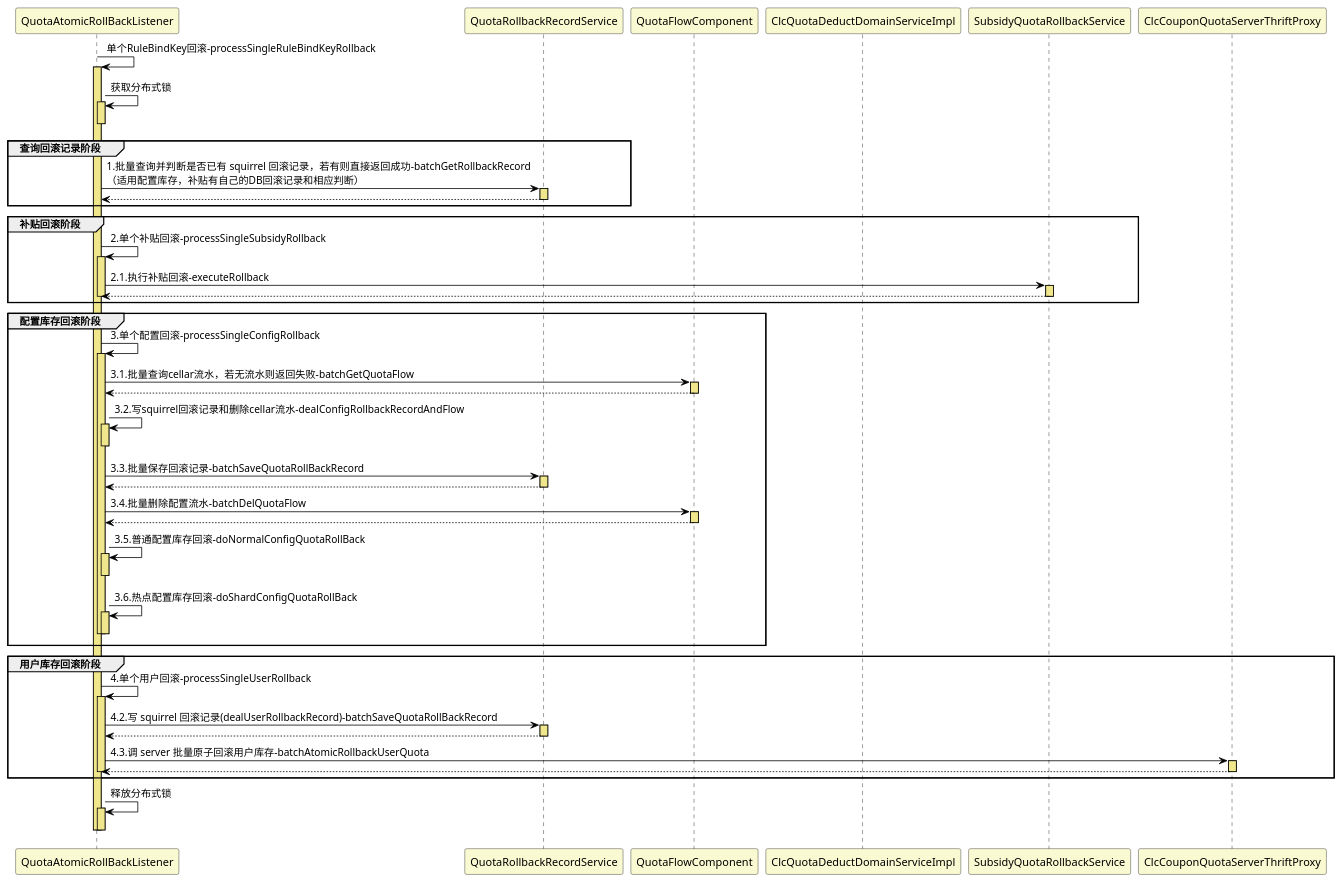
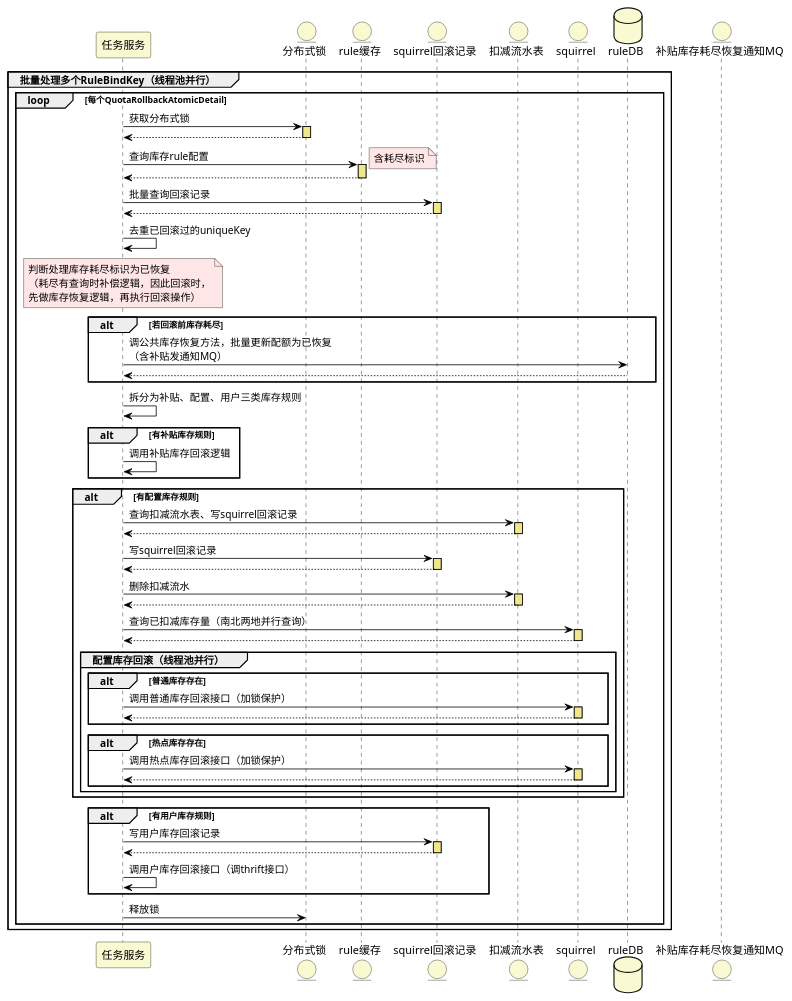
The diagram in src/coupon/new/Rollback.puml (zhangbotong/mt-plantuml), drawn with PlantUML before and after one commit. The commit also changed 9 other files, not shown here.

```diff
--- a/src/coupon/new/Rollback.puml
+++ b/src/coupon/new/Rollback.puml
@@ -1,71 +1,91 @@
 @startuml
 skinparam DatabaseBackgroundColor lightgoldenrodyellow
 skinparam EntityBackgroundColor lightgoldenrodyellow
 skinparam sequence {
     ArrowColor black
     LifeLineBorderColor black
     LifeLineBackgroundColor khaki
     ParticipantBackgroundColor lightgoldenrodyellow
 }
 
-participant "QuotaAtomicRollBackListener" as QARL
-participant "QuotaRollbackRecordService" as QRRS
-participant "QuotaFlowComponent" as QFC
-participant "ClcQuotaDeductDomainServiceImpl" as CQDSI
-participant "SubsidyQuotaRollbackService" as SQRS
-participant "ClcCouponQuotaServerThriftProxy" as CCQSTP
+skinparam note {
+    BackgroundColor #FFE6E6
+}
 
-QARL -> QARL++: 单个RuleBindKey回滚-processSingleRuleBindKeyRollback
+participant 任务服务 as TS
+entity 分布式锁 as DL
+entity rule缓存 as RC
+entity squirrel回滚记录 as RRT
+entity 扣减流水表 as DFT
+entity squirrel as SQ
+database ruleDB as rdb
+entity 补贴库存耗尽恢复通知MQ as SMQ
 
-QARL -> QARL++--: 获取分布式锁
 
-group 查询回滚记录阶段
-    QARL -> QRRS++: 1.批量查询并判断是否已有 squirrel 回滚记录，若有则直接返回成功-batchGetRollbackRecord\n（适用配置库存，补贴有自己的DB回滚记录和相应判断）
-    return
+group 批量处理多个RuleBindKey（线程池并行）
+    loop 每个QuotaRollbackAtomicDetail
+        TS -> DL++: 获取分布式锁
+        return
+
+        TS -> RC++: 查询库存rule配置
+        note right: 含耗尽标识
+        return
+
+        TS -> RRT++: 批量查询回滚记录
+        return
+
+        TS -> TS: 去重已回滚过的uniqueKey
+
+        note over TS: 判断处理库存耗尽标识为已恢复\n（耗尽有查询时补偿逻辑，因此回滚时，\n先做库存恢复逻辑，再执行回滚操作）
+        alt 若回滚前库存耗尽
+            TS -> rdb: 调公共库存恢复方法，批量更新配额为已恢复\n（含补贴发通知MQ）
+            return
+'            alt #E6FFE6 若是补贴库存
+'                TS -> SMQ: 发送MQ通知补贴库存【**恢复**】
+'            end
+        end
+
+        TS -> TS: 拆分为补贴、配置、用户三类库存规则
+
+        alt 有补贴库存规则
+            TS -> TS: 调用补贴库存回滚逻辑
+        end
+
+        alt 有配置库存规则
+            TS -> DFT++: 查询扣减流水表、写squirrel回滚记录
+            return
+
+            TS -> RRT++: 写squirrel回滚记录
+            return
+
+            TS -> DFT++: 删除扣减流水
+            return
+
+            TS -> SQ++: 查询已扣减库存量（南北两地并行查询）
+            return
+
+            group 配置库存回滚（线程池并行）
+                alt 普通库存存在
+                    TS -> SQ++: 调用普通库存回滚接口（加锁保护）
+                    return
+                end
+
+                alt 热点库存存在
+                    TS -> SQ++: 调用热点库存回滚接口（加锁保护）
+                    return
+                end
+            end
+        end
+
+        alt 有用户库存规则
+            TS -> RRT++: 写用户库存回滚记录
+            return
+
+            TS -> TS: 调用户库存回滚接口（调thrift接口）
+        end
+
+        TS -> DL: 释放锁
+    end
 end
 
-group 补贴回滚阶段
-    QARL -> QARL++: 2.单个补贴回滚-processSingleSubsidyRollback
-        QARL -> SQRS++: 2.1.执行补贴回滚-executeRollback
-        return
-    deactivate
-end
-
-group 配置库存回滚阶段
-    QARL -> QARL++: 3.单个配置回滚-processSingleConfigRollback
-        QARL -> QFC++: 3.1.批量查询cellar流水，若无流水则返回失败-batchGetQuotaFlow
-        return
-
-        QARL -> QARL++: 3.2.写squirrel回滚记录和删除cellar流水-dealConfigRollbackRecordAndFlow
-        deactivate
-
-        QARL -> QRRS++: 3.3.批量保存回滚记录-batchSaveQuotaRollBackRecord
-        return
-
-        QARL -> QFC++: 3.4.批量删除配置流水-batchDelQuotaFlow
-        return
-
-        QARL -> QARL++: 3.5.普通配置库存回滚-doNormalConfigQuotaRollBack
-        deactivate
-
-        QARL -> QARL++: 3.6.热点配置库存回滚-doShardConfigQuotaRollBack
-        deactivate
-    deactivate
-end
-
-group 用户库存回滚阶段
-    QARL -> QARL++: 4.单个用户回滚-processSingleUserRollback
-
-        QARL -> QRRS++: 4.2.写 squirrel 回滚记录(dealUserRollbackRecord)-batchSaveQuotaRollBackRecord
-        return
-
-        QARL -> CCQSTP++: 4.3.调 server 批量原子回滚用户库存-batchAtomicRollbackUserQuota
-        return
-    deactivate
-end
-
-QARL -> QARL++--: 释放分布式锁
-
-deactivate
-
 @enduml
```
